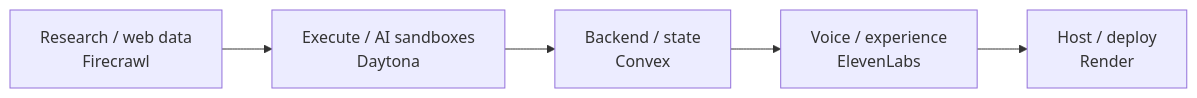
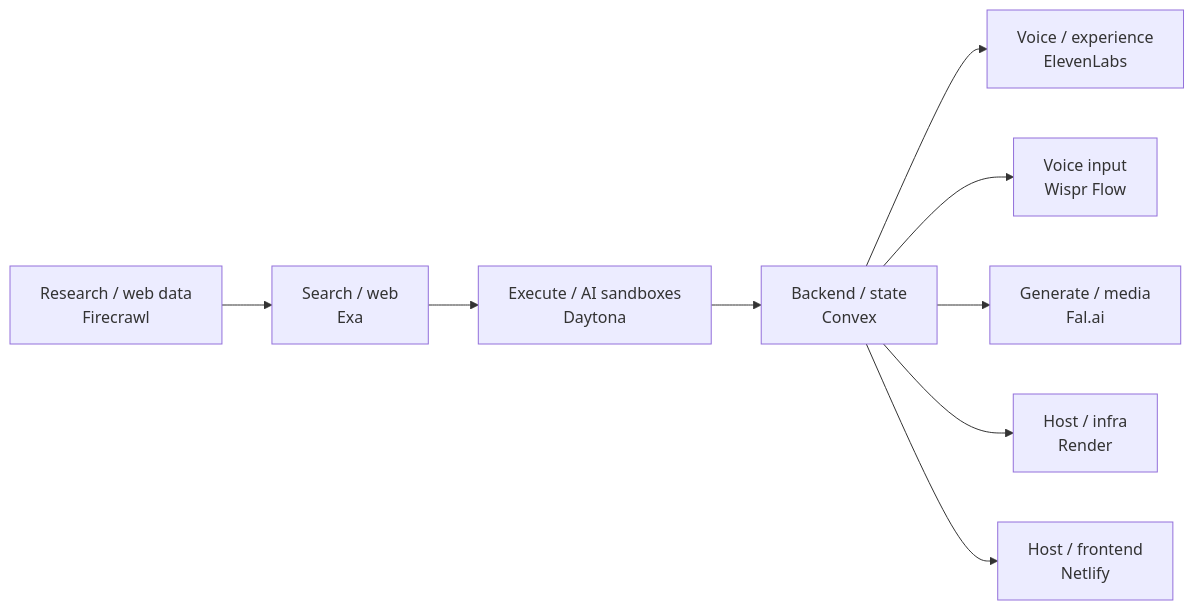
One commit to hadzija7/cursor-community-serbia changed the diagram in docs/hackathon/sponsor-cheat-sheet.md. Above: the diagram before and after it, drawn with Mermaid. The commit also changed other lines of this file and 33 other files, not shown here.

````diff
--- a/docs/hackathon/sponsor-cheat-sheet.md
+++ b/docs/hackathon/sponsor-cheat-sheet.md
@@ -17,9 +17,18 @@
 ```mermaid
 flowchart LR
   F["Research / web data<br/>Firecrawl"]
+  X["Search / web<br/>Exa"]
   D["Execute / AI sandboxes<br/>Daytona"]
   C["Backend / state<br/>Convex"]
   E["Voice / experience<br/>ElevenLabs"]
-  R["Host / deploy<br/>Render"]
-  F --> D --> C --> E --> R
+  W["Voice input<br/>Wispr Flow"]
+  A["Generate / media<br/>Fal.ai"]
+  R["Host / infra<br/>Render"]
+  N["Host / frontend<br/>Netlify"]
+  F --> X --> D --> C
+  C --> E
+  C --> W
+  C --> A
+  C --> R
+  C --> N
 ```
````
